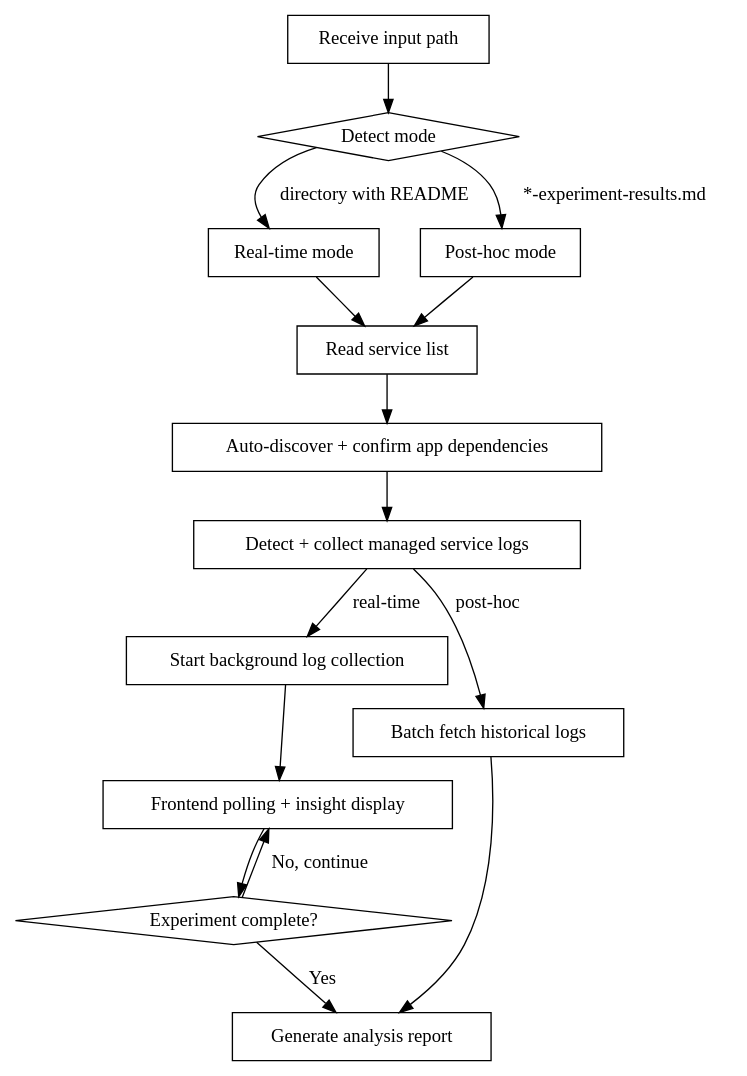
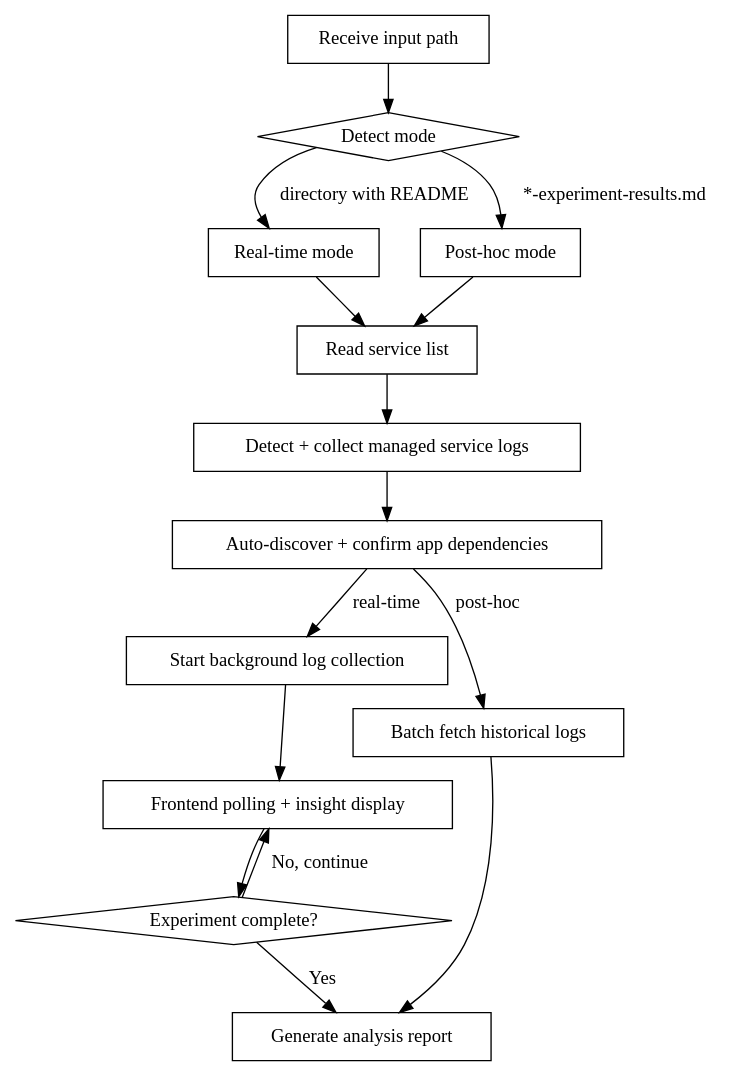
Before and after one commit to panlm/skills: the diagram in app-service-log-analysis/SKILL.md, drawn with Graphviz. The commit also changed other lines of this file and 3 other files, not shown here.

First line of the commit message:
fix: move managed service log detection to Step 2.5 and fix cross-references

````diff
--- a/app-service-log-analysis/SKILL.md
+++ b/app-service-log-analysis/SKILL.md
@@ -92,31 +92,31 @@
 ```dot
 digraph log_analysis_flow {
     "Receive input path" [shape=box];
     "Detect mode" [shape=diamond];
     "Real-time mode" [shape=box];
     "Post-hoc mode" [shape=box];
     "Read service list" [shape=box];
     "Auto-discover + confirm app dependencies" [shape=box];
     "Detect + collect managed service logs" [shape=box];
     "Start background log collection" [shape=box];
     "Batch fetch historical logs" [shape=box];
     "Frontend polling + insight display" [shape=box];
     "Experiment complete?" [shape=diamond];
     "Generate analysis report" [shape=box];
 
     "Receive input path" -> "Detect mode";
     "Detect mode" -> "Real-time mode" [label="directory with README"];
     "Detect mode" -> "Post-hoc mode" [label="*-experiment-results.md"];
     "Real-time mode" -> "Read service list";
     "Post-hoc mode" -> "Read service list";
-    "Read service list" -> "Auto-discover + confirm app dependencies";
-    "Auto-discover + confirm app dependencies" -> "Detect + collect managed service logs";
-    "Detect + collect managed service logs" -> "Start background log collection" [label="real-time"];
-    "Detect + collect managed service logs" -> "Batch fetch historical logs" [label="post-hoc"];
+    "Read service list" -> "Detect + collect managed service logs";
+    "Detect + collect managed service logs" -> "Auto-discover + confirm app dependencies";
+    "Auto-discover + confirm app dependencies" -> "Start background log collection" [label="real-time"];
+    "Auto-discover + confirm app dependencies" -> "Batch fetch historical logs" [label="post-hoc"];
     "Start background log collection" -> "Frontend polling + insight display";
     "Frontend polling + insight display" -> "Experiment complete?";
     "Experiment complete?" -> "Frontend polling + insight display" [label="No, continue"];
     "Experiment complete?" -> "Generate analysis report" [label="Yes"];
     "Batch fetch historical logs" -> "Generate analysis report";
 }
 ```
````
